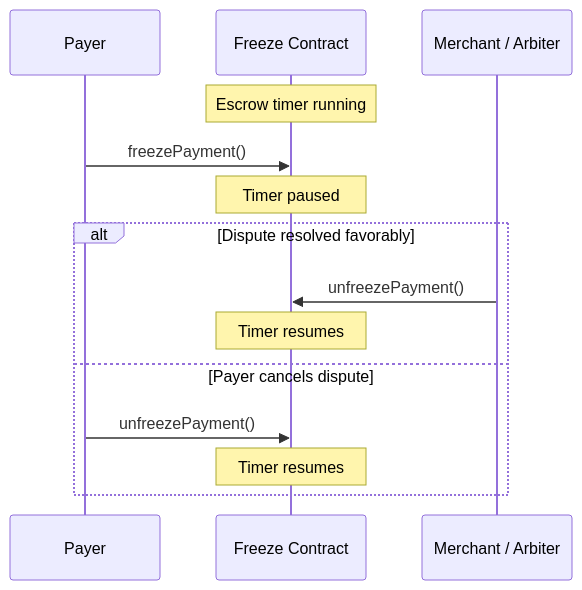
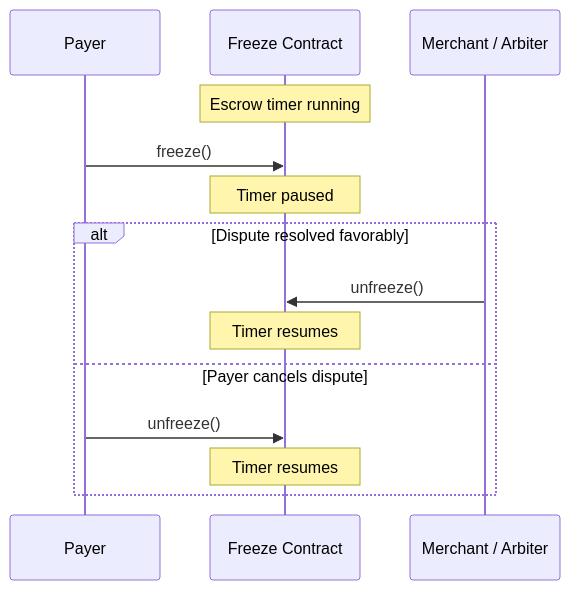
One commit to BackTrackCo/docs changed the diagram in sdk/client/escrow-management.mdx. Above: the diagram before and after it, drawn with Mermaid. The commit also changed other lines of this file and 20 other files, not shown here.

````diff
--- a/sdk/client/escrow-management.mdx
+++ b/sdk/client/escrow-management.mdx
@@ -204,18 +177,18 @@
 ```mermaid
 sequenceDiagram
     participant P as Payer
     participant F as Freeze Contract
     participant M as Merchant / Arbiter
 
     Note over F: Escrow timer running
-    P->>F: freezePayment()
+    P->>F: freeze()
     Note over F: Timer paused
 
     alt Dispute resolved favorably
-        M->>F: unfreezePayment()
+        M->>F: unfreeze()
         Note over F: Timer resumes
     else Payer cancels dispute
-        P->>F: unfreezePayment()
+        P->>F: unfreeze()
         Note over F: Timer resumes
     end
 ```
````
